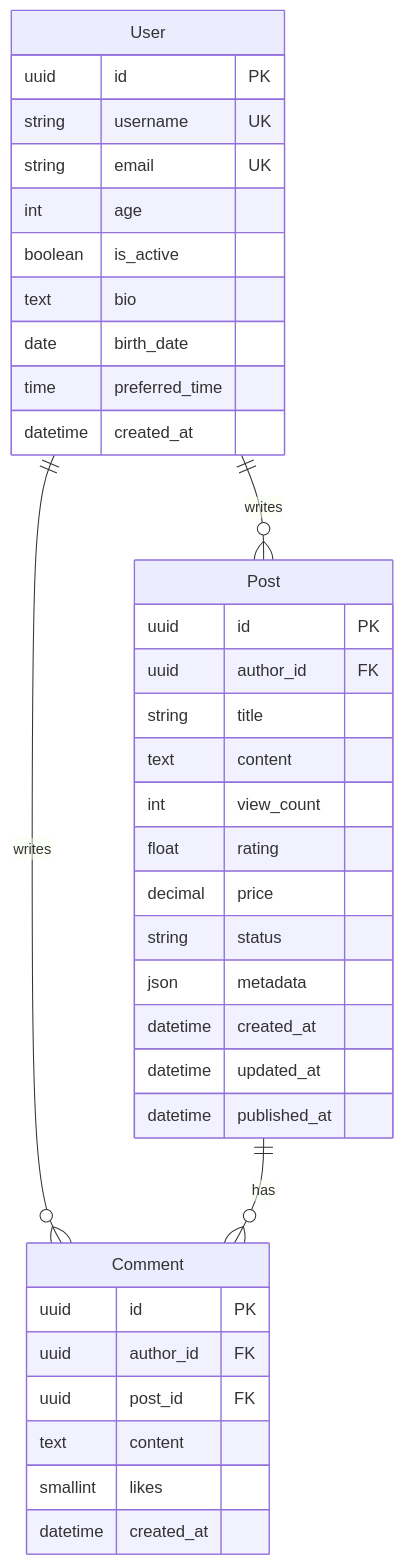
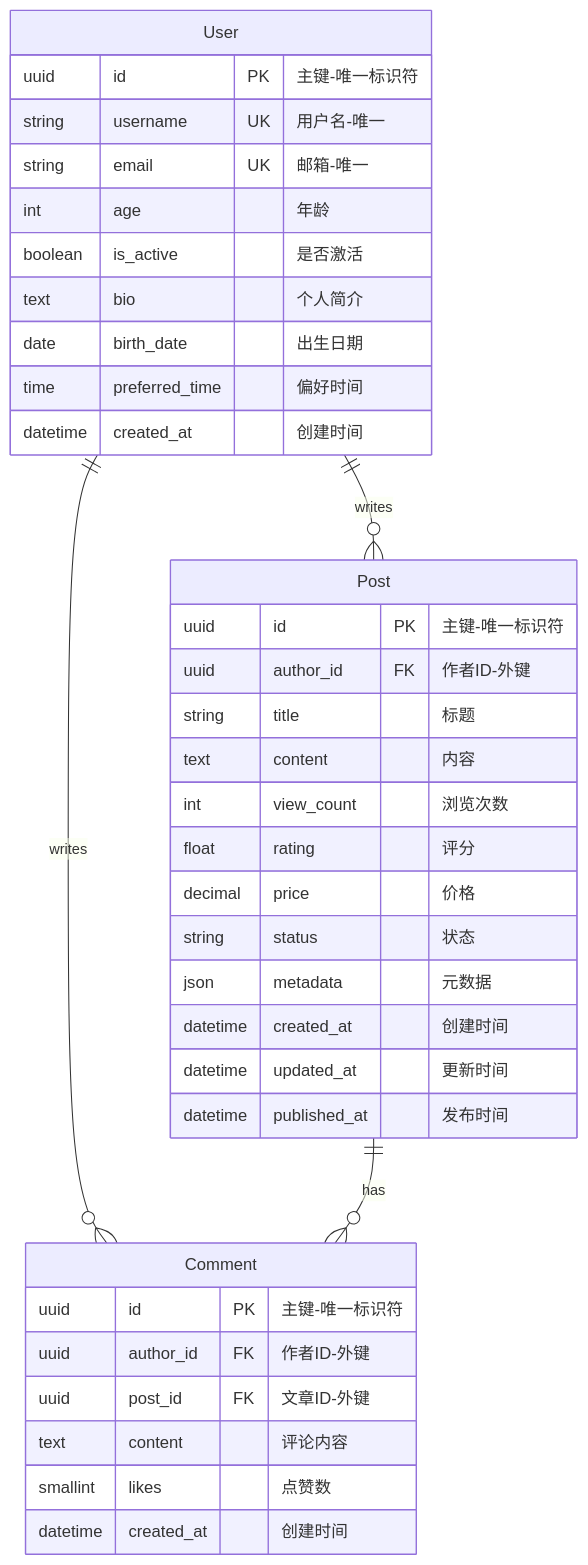
Before and after one commit to x007007007/er-generate-model: the diagram in examples/blog_v5.mmd, drawn with Mermaid. The commit also changed 30 other files, not shown here.

```diff
--- a/examples/blog_v5.mmd
+++ b/examples/blog_v5.mmd
@@ -1,40 +1,40 @@
 erDiagram
     User ||--o{ Post : writes
     User ||--o{ Comment : writes
     Post ||--o{ Comment : has
     
     User {
-        uuid id PK
-        string username UK
-        string email UK
-        int age
-        boolean is_active
-        text bio
-        date birth_date
-        time preferred_time
-        datetime created_at
+        uuid id PK "主键-唯一标识符"
+        string username UK "用户名-唯一"
+        string email UK "邮箱-唯一"
+        int age "年龄"
+        boolean is_active "是否激活"
+        text bio "个人简介"
+        date birth_date "出生日期"
+        time preferred_time "偏好时间"
+        datetime created_at "创建时间"
     }
     
     Post {
-        uuid id PK
-        uuid author_id FK
-        string title
-        text content
-        int view_count
-        float rating
-        decimal price
-        string status
-        json metadata
-        datetime created_at
-        datetime updated_at
-        datetime published_at
+        uuid id PK "主键-唯一标识符"
+        uuid author_id FK "作者ID-外键"
+        string title "标题"
+        text content "内容"
+        int view_count "浏览次数"
+        float rating "评分"
+        decimal price "价格"
+        string status "状态"
+        json metadata "元数据"
+        datetime created_at "创建时间"
+        datetime updated_at "更新时间"
+        datetime published_at "发布时间"
     }
     
     Comment {
-        uuid id PK
-        uuid author_id FK
-        uuid post_id FK
-        text content
-        smallint likes
-        datetime created_at
+        uuid id PK "主键-唯一标识符"
+        uuid author_id FK "作者ID-外键"
+        uuid post_id FK "文章ID-外键"
+        text content "评论内容"
+        smallint likes "点赞数"
+        datetime created_at "创建时间"
     }
```
